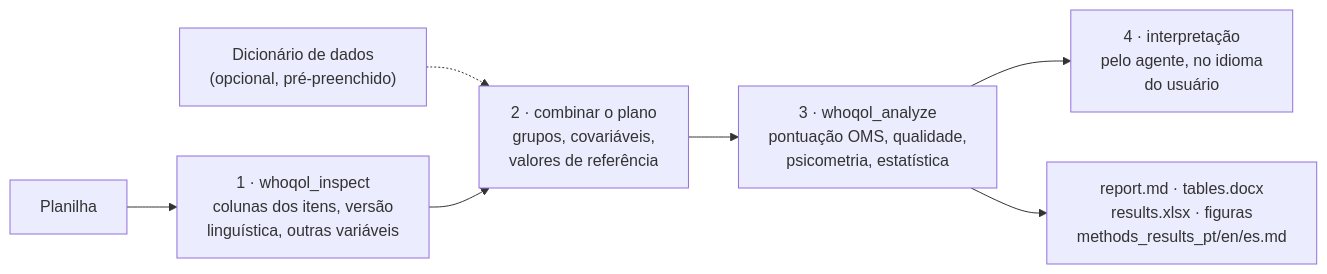
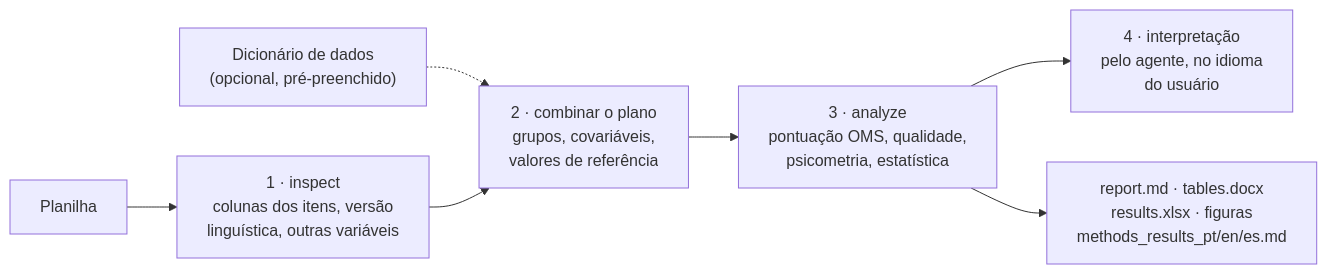
Before and after one commit to LaBiOmicS/whoqol-toolkit: the diagram in README.pt-BR.md, drawn with Mermaid. The commit also changed other lines of this file and 45 other files, not shown here.

````diff
--- a/README.pt-BR.md
+++ b/README.pt-BR.md
@@ -64,9 +64,9 @@
 ```mermaid
 flowchart LR
-    A["Planilha"] --> B["1 · whoqol_inspect<br/>colunas dos itens, versão<br/>linguística, outras variáveis"]
+    A["Planilha"] --> B["1 · inspect<br/>colunas dos itens, versão<br/>linguística, outras variáveis"]
     M["Dicionário de dados<br/>(opcional, pré-preenchido)"] -.-> C
     B --> C["2 · combinar o plano<br/>grupos, covariáveis,<br/>valores de referência"]
-    C --> D["3 · whoqol_analyze<br/>pontuação OMS, qualidade,<br/>psicometria, estatística"]
+    C --> D["3 · analyze<br/>pontuação OMS, qualidade,<br/>psicometria, estatística"]
     D --> E["4 · interpretação<br/>pelo agente, no idioma<br/>do usuário"]
     D --> F["report.md · tables.docx<br/>results.xlsx · figuras<br/>methods_results_pt/en/es.md"]
 ```
````
